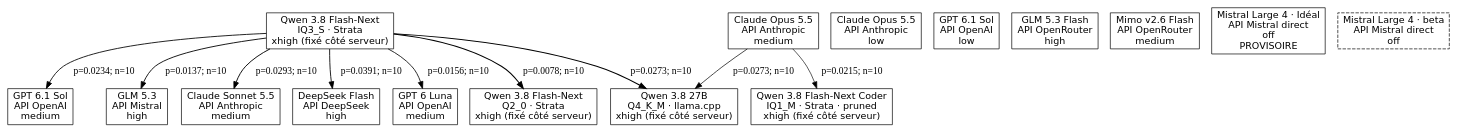
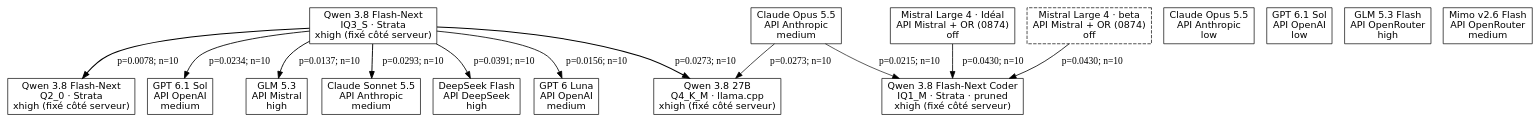
The diagram in docs/tournament-graphs/quality.dot (MinhHaDuong/ImperialDragonHarness), drawn with Graphviz before and after one commit. The commit also changed 16 other files, not shown here.

```diff
--- a/docs/tournament-graphs/quality.dot
+++ b/docs/tournament-graphs/quality.dot
@@ -1,29 +1,31 @@
 digraph G {
 rankdir=TB;
 node [shape=box, fontname="DejaVu Sans"];
 a [label="Qwen 3.8 27B\nQ4_K_M · llama.cpp\nxhigh (fixé côté serveur)"];
 b [label="Qwen 3.8 Flash-Next Coder\nIQ1_M · Strata · pruned\nxhigh (fixé côté serveur)"];
 b2 [label="Qwen 3.8 Flash-Next\nIQ3_S · Strata\nxhigh (fixé côté serveur)"];
 b3 [label="Qwen 3.8 Flash-Next\nQ2_0 · Strata\nxhigh (fixé côté serveur)"];
 d [label="Claude Opus 5.5\nAPI Anthropic\nmedium"];
 d2 [label="Claude Opus 5.5\nAPI Anthropic\nlow"];
 e2 [label="GPT 6.1 Sol\nAPI OpenAI\nlow"];
 e3 [label="GPT 6.1 Sol\nAPI OpenAI\nmedium"];
 f [label="GLM 5.3\nAPI Mistral\nhigh"];
 g [label="Claude Sonnet 5.5\nAPI Anthropic\nmedium"];
 i [label="DeepSeek Flash\nAPI DeepSeek\nhigh"];
 j [label="GLM 5.3 Flash\nAPI OpenRouter\nhigh"];
 k [label="Mimo v2.6 Flash\nAPI OpenRouter\nmedium"];
 l [label="GPT 6 Luna\nAPI OpenAI\nmedium"];
-mi [label="Mistral Large 4 · Idéal\nAPI Mistral direct\noff\nPROVISOIRE"];
-mr [label="Mistral Large 4 · beta\nAPI Mistral direct\noff", style="dashed"];
+mi [label="Mistral Large 4 · Idéal\nAPI Mistral + OR (0874)\noff"];
+mr [label="Mistral Large 4 · beta\nAPI Mistral + OR (0874)\noff", style="dashed"];
 b2 -> a [label="p=0.0273; n=10", penwidth=1.500];
-b2 -> b3 [label="p=0.0078; n=10", penwidth=1.483];
-b2 -> e3 [label="p=0.0234; n=10", penwidth=1.265];
-b2 -> f [label="p=0.0137; n=10", penwidth=1.312];
-b2 -> g [label="p=0.0293; n=10", penwidth=1.369];
-b2 -> i [label="p=0.0391; n=10", penwidth=1.256];
-b2 -> l [label="p=0.0156; n=10", penwidth=1.208];
-d -> a [label="p=0.0273; n=10", penwidth=1.038];
-d -> b [label="p=0.0215; n=10", penwidth=0.943];
+b2 -> b3 [label="p=0.0078; n=10", penwidth=1.486];
+b2 -> e3 [label="p=0.0234; n=10", penwidth=1.267];
+b2 -> f [label="p=0.0137; n=10", penwidth=1.315];
+b2 -> g [label="p=0.0293; n=10", penwidth=1.372];
+b2 -> i [label="p=0.0391; n=10", penwidth=1.258];
+b2 -> l [label="p=0.0156; n=10", penwidth=1.210];
+d -> a [label="p=0.0273; n=10", penwidth=1.039];
+d -> b [label="p=0.0215; n=10", penwidth=0.944];
+mi -> b [label="p=0.0430; n=10", penwidth=1.172];
+mr -> b [label="p=0.0430; n=10", penwidth=1.172];
 }
```
